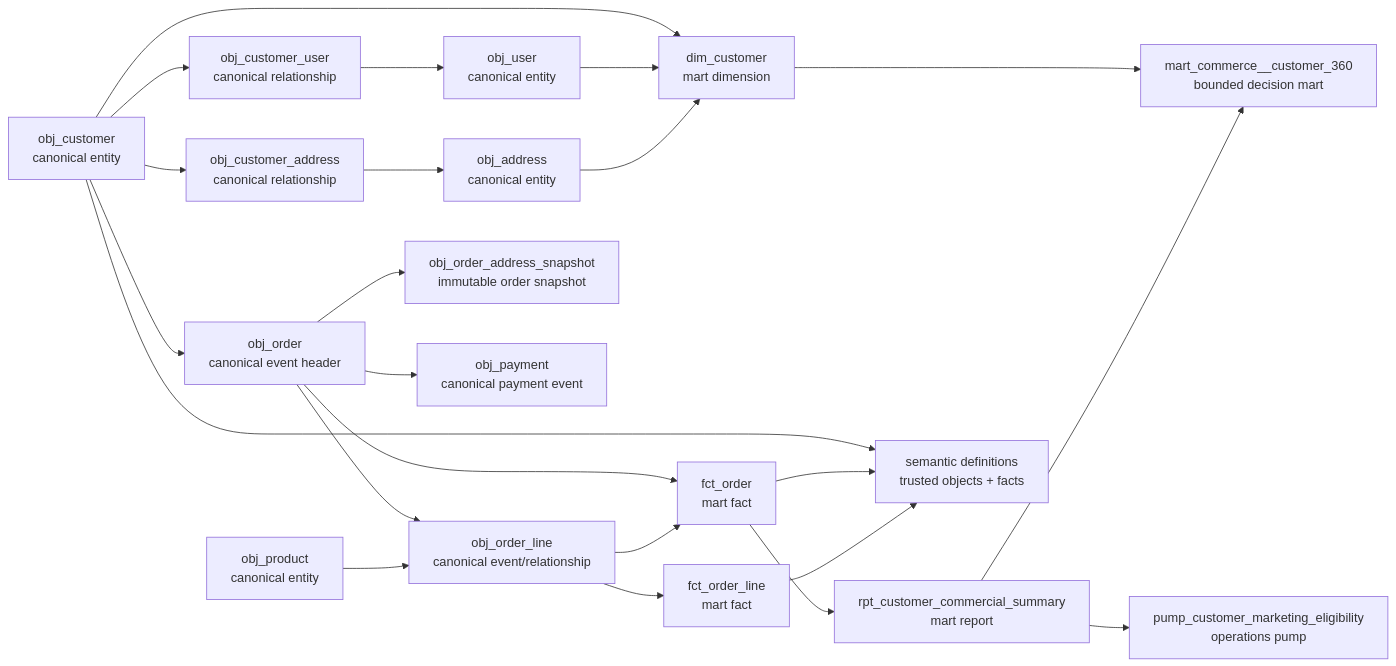
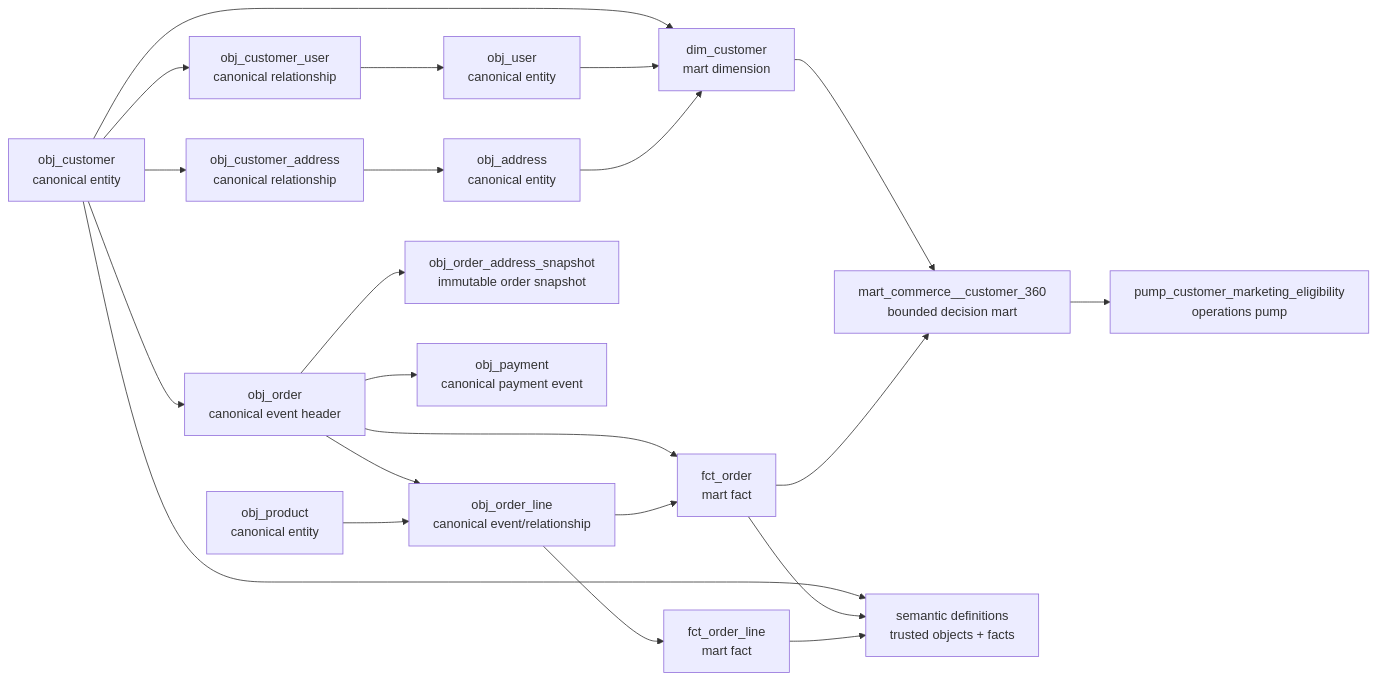
One commit to Nivoda/data-dbt-jaffle-shop changed the second of 2 diagrams in docs/architecture.md. Above: the diagram before and after it, drawn with Mermaid. The commit also changed other lines of this file and 25 other files, not shown here.

Commit message:
chore: finalize architecture repo cleanup

````diff
--- a/docs/architecture.md
+++ b/docs/architecture.md
@@ -296,41 +291,39 @@
 ```mermaid
 flowchart LR
   customer["obj_customer<br/>canonical entity"]
   product["obj_product<br/>canonical entity"]
   order["obj_order<br/>canonical event header"]
   line["obj_order_line<br/>canonical event/relationship"]
   user["obj_user<br/>canonical entity"]
   customer_user["obj_customer_user<br/>canonical relationship"]
   address["obj_address<br/>canonical entity"]
   customer_address["obj_customer_address<br/>canonical relationship"]
   order_address["obj_order_address_snapshot<br/>immutable order snapshot"]
   payment["obj_payment<br/>canonical payment event"]
   dim_customer["dim_customer<br/>mart dimension"]
   order_fact["fct_order<br/>mart fact"]
   line_fact["fct_order_line<br/>mart fact"]
-  report["rpt_customer_commercial_summary<br/>mart report"]
   c360["mart_commerce__customer_360<br/>bounded decision mart"]
   pump["pump_customer_marketing_eligibility<br/>operations pump"]
   semantic["semantic definitions<br/>trusted objects + facts"]
 
   customer --> order
   customer --> customer_user --> user
   customer --> customer_address --> address
   order --> order_address
   order --> line
   product --> line
   order --> payment
   order --> order_fact
   line --> order_fact
   line --> line_fact
   customer --> dim_customer
   user --> dim_customer
   address --> dim_customer
-  order_fact --> report
   dim_customer --> c360
-  report --> c360
-  report --> pump
+  order_fact --> c360
+  c360 --> pump
   customer --> semantic
   order_fact --> semantic
   line_fact --> semantic
 ```
````
